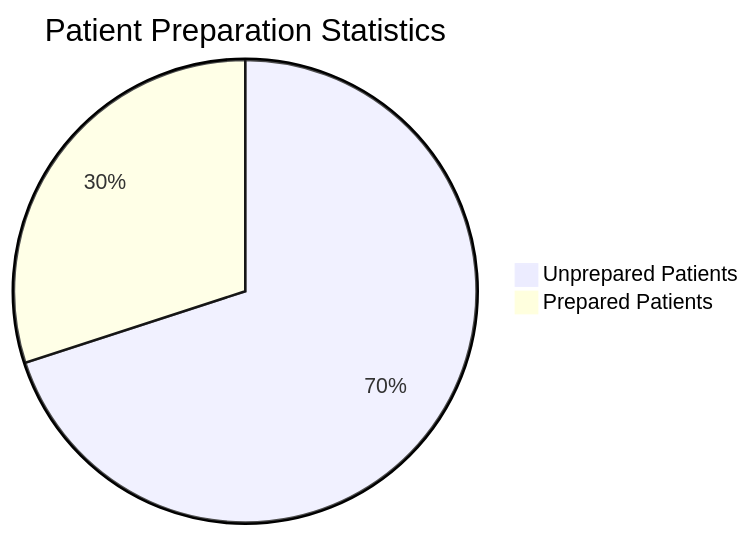
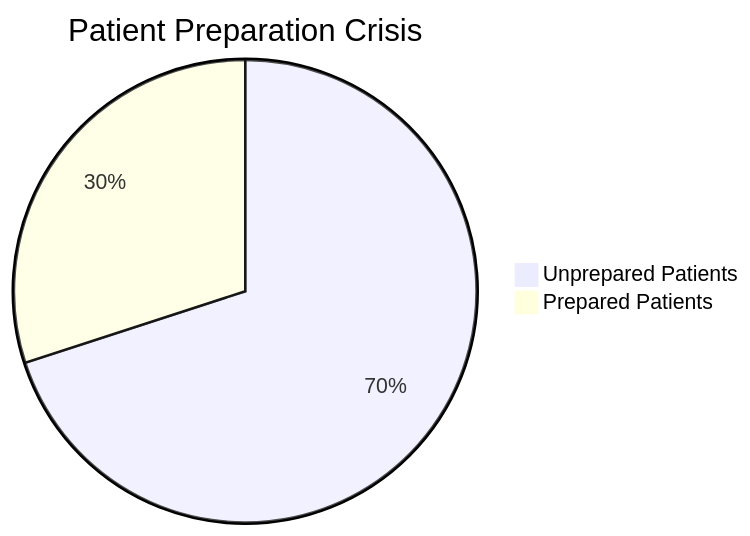
Before and after one commit to Iceman-Dann/Medly: the first of 16 diagrams in README.md, drawn with Mermaid. The commit also changed other lines of this file, not shown here.

````diff
--- a/README.md
+++ b/README.md
@@ -20,5 +20,5 @@
 ```mermaid
-pie title Patient Preparation Statistics
+pie title Patient Preparation Crisis
     "Unprepared Patients" : 70
     "Prepared Patients" : 30
 ```
````
